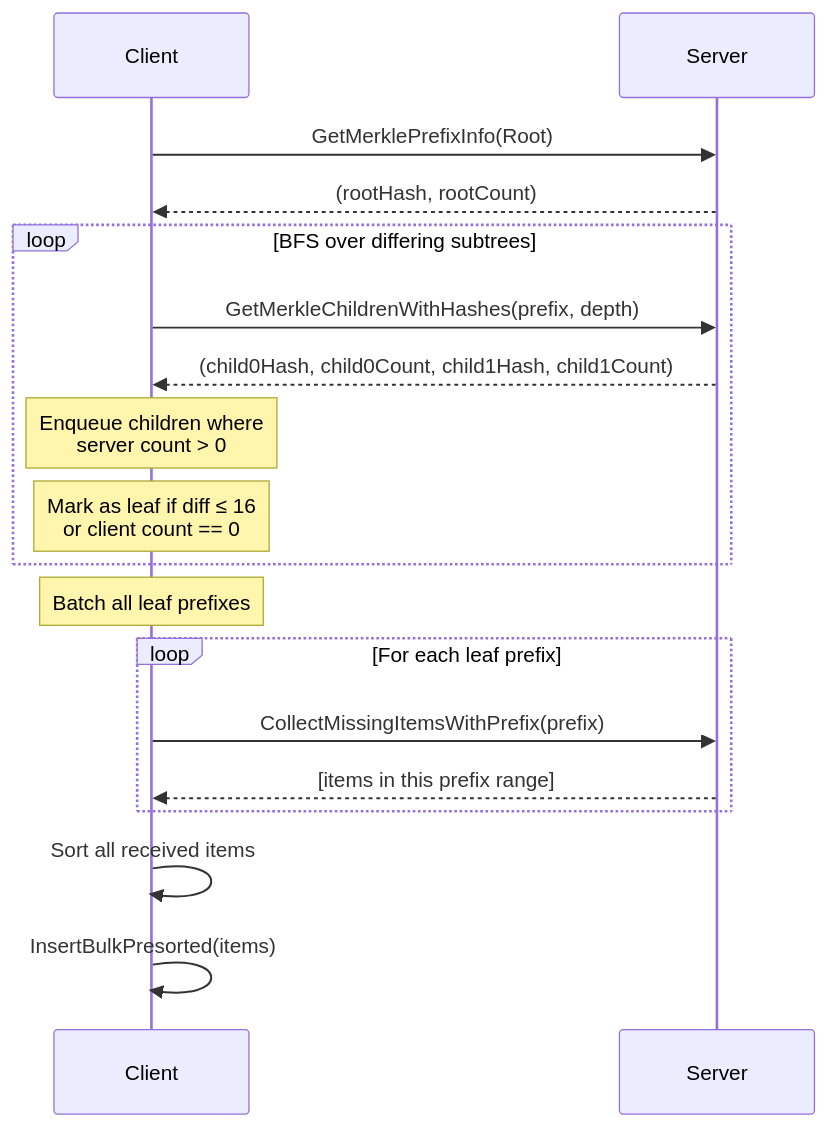
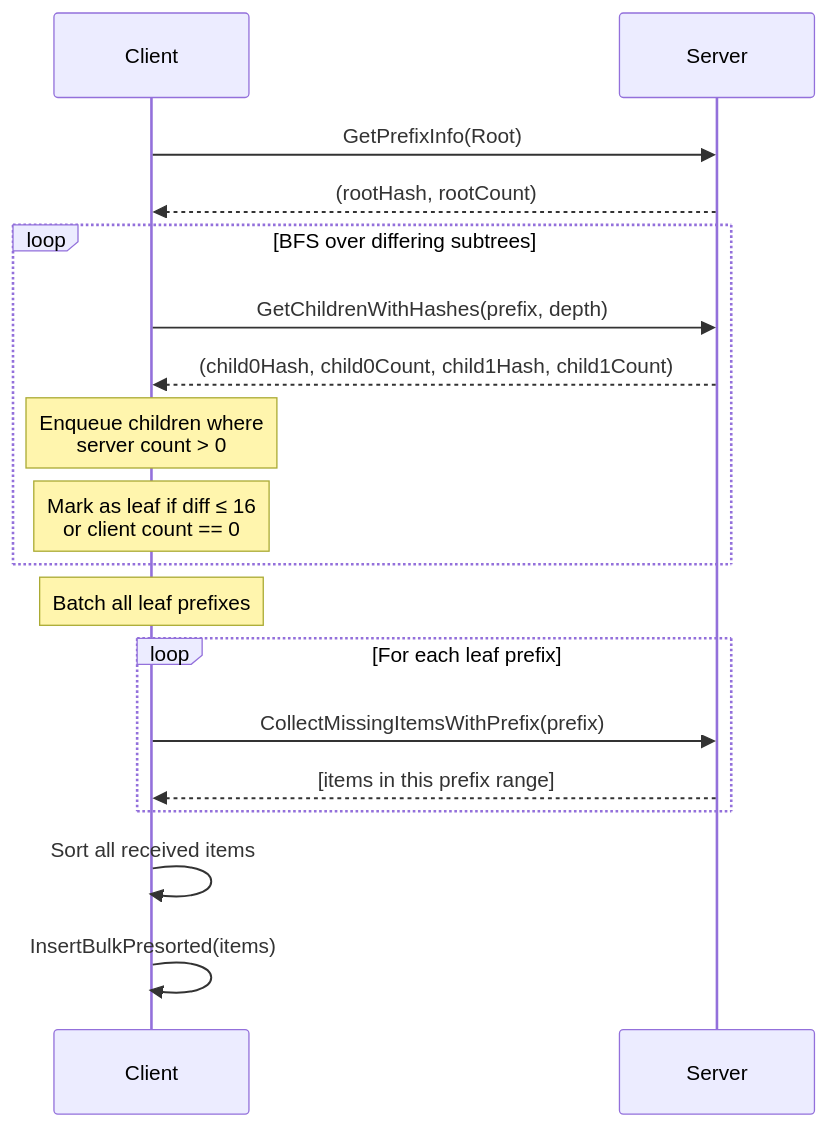
The fourth of 7 diagrams in SetSum/Sync/README.md (arj03/setsum-cs), drawn with Mermaid before and after one commit. The commit also changed other lines of this file and 5 other files, not shown here.

````diff
--- a/SetSum/Sync/README.md
+++ b/SetSum/Sync/README.md
@@ -107,24 +107,24 @@
 ```mermaid
 sequenceDiagram
     participant C as Client
     participant S as Server
 
-    C->>S: GetMerklePrefixInfo(Root)
+    C->>S: GetPrefixInfo(Root)
     S-->>C: (rootHash, rootCount)
 
     loop BFS over differing subtrees
-        C->>S: GetMerkleChildrenWithHashes(prefix, depth)
+        C->>S: GetChildrenWithHashes(prefix, depth)
         S-->>C: (child0Hash, child0Count, child1Hash, child1Count)
         Note over C: Enqueue children where<br/>server count > 0
         Note over C: Mark as leaf if diff ≤ 16<br/>or client count == 0
     end
 
     Note over C: Batch all leaf prefixes
     loop For each leaf prefix
         C->>S: CollectMissingItemsWithPrefix(prefix)
         S-->>C: [items in this prefix range]
     end
 
     C->>C: Sort all received items
     C->>C: InsertBulkPresorted(items)
 ```
````
